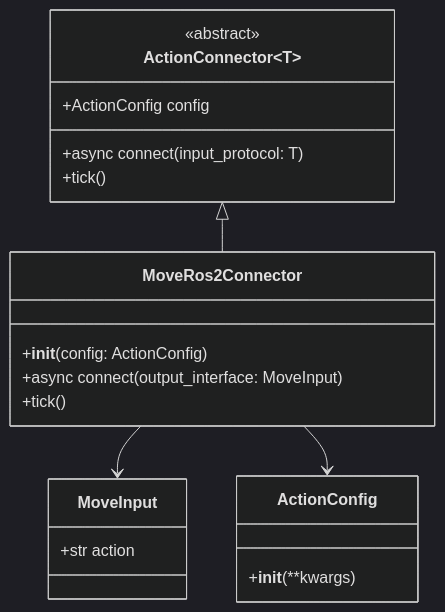
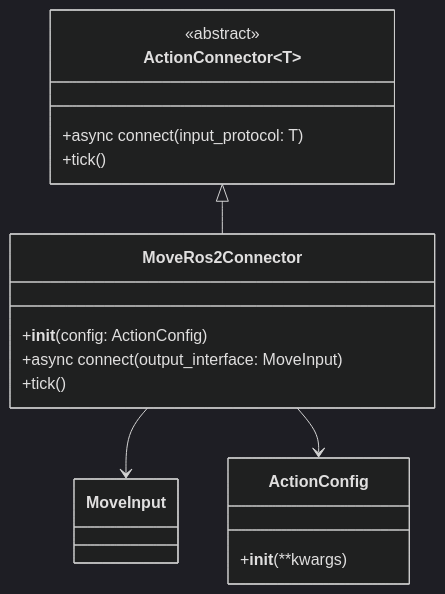
The first of 2 diagrams in docs/action-plugin/movement-ros2.mdx (gizdusum/OM1), drawn with Mermaid (dark theme) before and after one commit. The commit also changed other lines of this file and 8 other files, not shown here.

Commit message:
remove types and attributes but keep methods for class diagram

````diff
--- a/docs/action-plugin/movement-ros2.mdx
+++ b/docs/action-plugin/movement-ros2.mdx
@@ -14,27 +16,25 @@
 ```mermaid
 classDiagram
     class ActionConnector~T~ {
         <<abstract>>
-        +ActionConfig config
         +async connect(input_protocol: T)
         +tick()
     }
 
     class MoveInput {
-        +str action
     }
 
     class MoveRos2Connector {
         +__init__(config: ActionConfig)
         +async connect(output_interface: MoveInput)
         +tick()
     }
 
     class ActionConfig {
         +__init__(**kwargs)
     }
 
     ActionConnector <|-- MoveRos2Connector
     MoveRos2Connector --> MoveInput
     MoveRos2Connector --> ActionConfig
 ```
````
